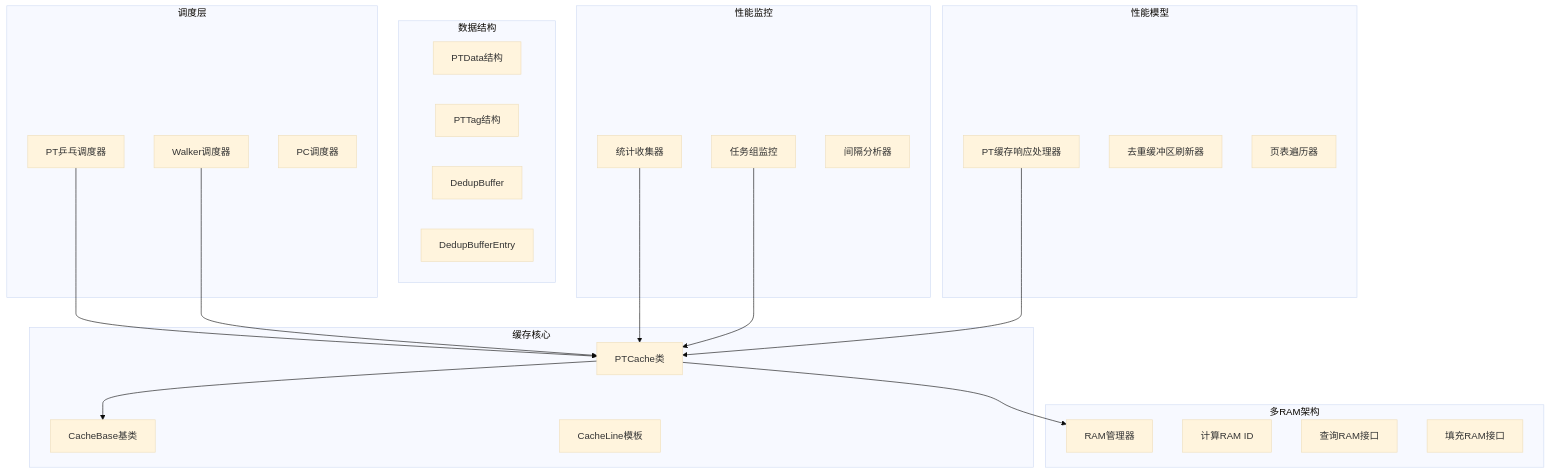
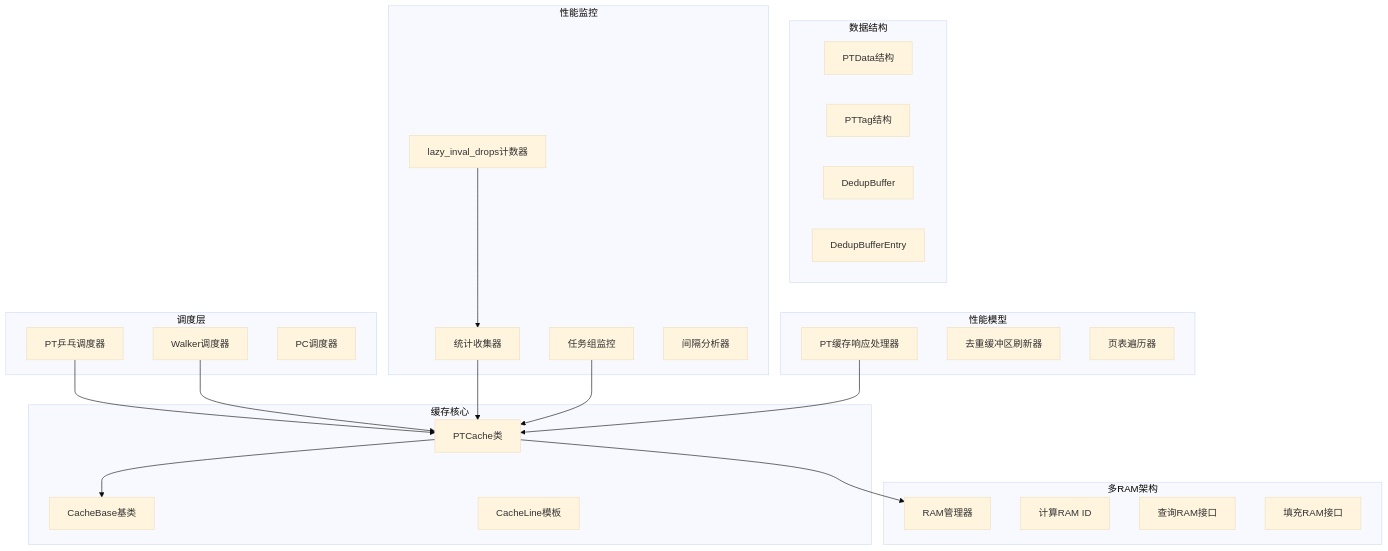
One commit to jiangjiang1122/iommu_model_20260401_v1 changed the first of 14 diagrams in .qoder/repowiki/zh/content/缓存系统/PT缓存（页表缓存）.md. Above: the diagram before and after it, drawn with Mermaid (base theme). The commit also changed other lines of this file and 159 other files, not shown here.

Commit message:
chore: 更新知识库文档 + 新增PTW并发分析图表与数据文件

````diff
--- a/.qoder/repowiki/zh/content/缓存系统/PT缓存（页表缓存）.md
+++ b/.qoder/repowiki/zh/content/缓存系统/PT缓存（页表缓存）.md
@@ -49,42 +50,44 @@
 ```mermaid
 graph TB
 subgraph "缓存核心"
 PTCache[PTCache类]
 CacheBase[CacheBase基类]
 CacheLine[CacheLine模板]
 end
 subgraph "多RAM架构"
 RAMManager[RAM管理器]
 ComputeRamId[计算RAM ID]
 LookupPtRam[查询RAM接口]
 FillPtRam[填充RAM接口]
 end
 subgraph "调度层"
 PTScheduler[PT乒乓调度器]
 WalkerScheduler[Walker调度器]
 PCScheduler[PC调度器]
 end
 subgraph "数据结构"
 PTData[PTData结构]
 PTTag[PTTag结构]
 DedupBuffer[DedupBuffer]
 DedupBufferEntry[DedupBufferEntry]
 end
 subgraph "性能监控"
 StatsCollector[统计收集器]
 GroupMonitor[任务组监控]
 GapAnalyzer[间隔分析器]
+LazyInvalCounter[lazy_inval_drops计数器]
 end
 subgraph "性能模型"
 PerfResponse[PT缓存响应处理器]
 PerfFlush[去重缓冲区刷新器]
 PerfPTW[页表遍历器]
 end
 PTCache --> CacheBase
 PTCache --> RAMManager
 PTScheduler --> PTCache
 WalkerScheduler --> PTCache
 StatsCollector --> PTCache
 GroupMonitor --> PTCache
+LazyInvalCounter --> StatsCollector
 PerfResponse --> PTCache
 ```
````
